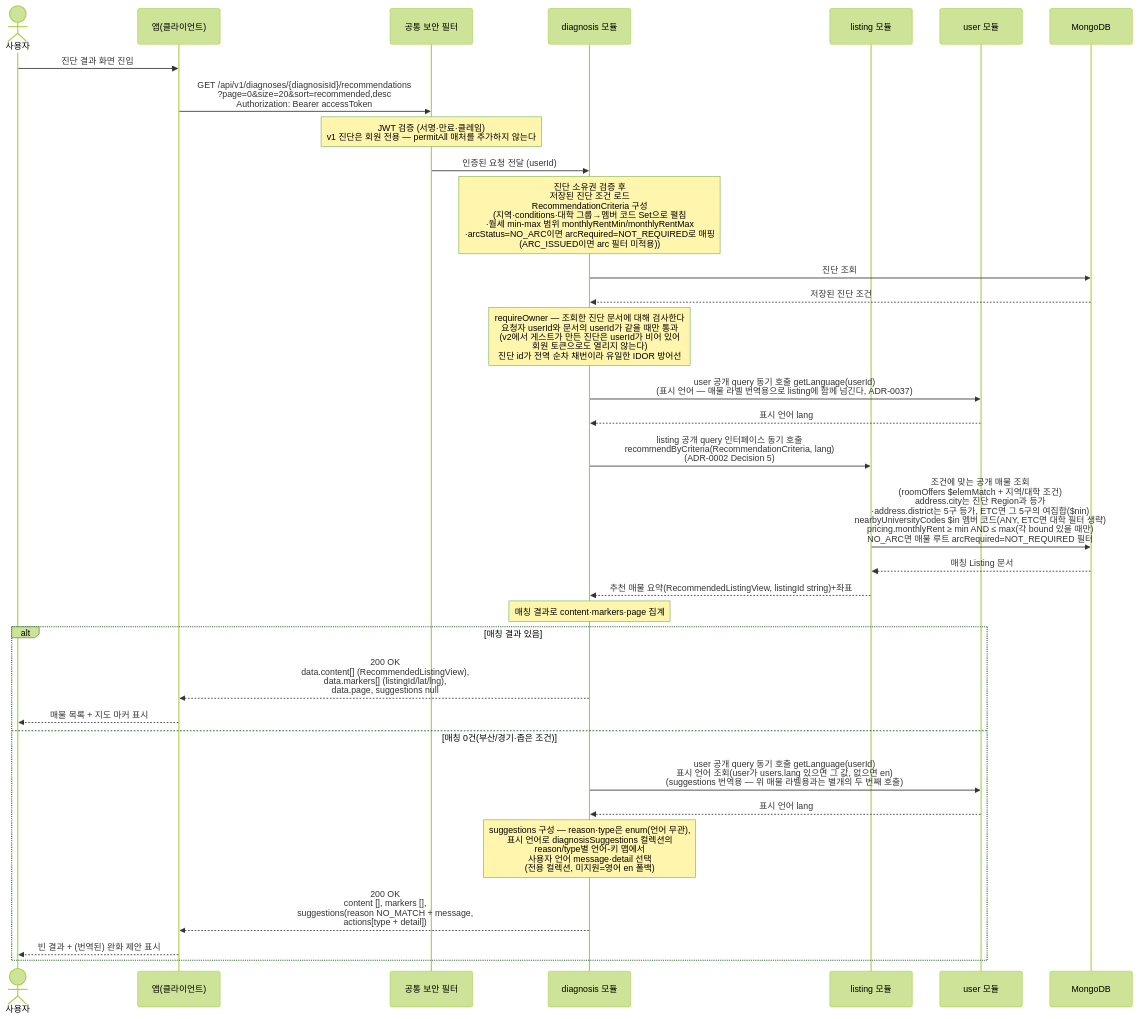
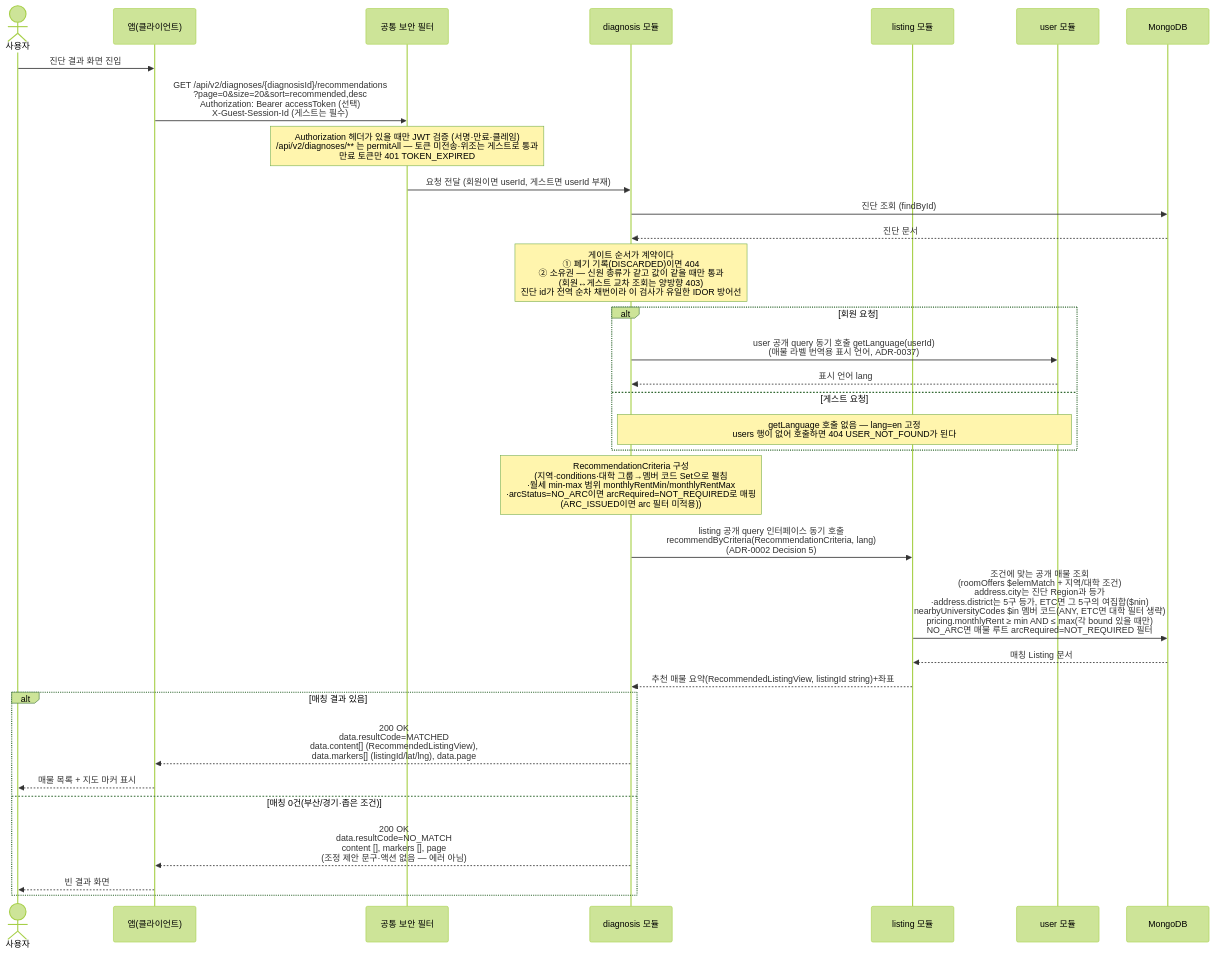
One commit to jameskim9509/Kohere-backend changed the diagram in docs/architecture/sequence-diagrams/02-diagnosis-recommendation/us-2-2-recommendations.md. Above: the diagram before and after it, drawn with Mermaid (forest theme). The commit also changed other lines of this file and 24 other files, not shown here.

````diff
--- a/docs/architecture/sequence-diagrams/02-diagnosis-recommendation/us-2-2-recommendations.md
+++ b/docs/architecture/sequence-diagrams/02-diagnosis-recommendation/us-2-2-recommendations.md
@@ -5,36 +5,36 @@
 ```mermaid
 sequenceDiagram
     actor U as 사용자
     participant C as 앱(클라이언트)
     participant SEC as 공통 보안 필터
     participant DIAG as diagnosis 모듈
     participant LIST as listing 모듈
     participant USER as user 모듈
     participant DB as MongoDB
 
     U->>C: 진단 결과 화면 진입
-    C->>SEC: GET /api/v1/diagnoses/{diagnosisId}/recommendations<br/>?page=0&size=20&sort=recommended,desc<br/>Authorization: Bearer accessToken
-    Note over SEC: JWT 검증 (서명·만료·클레임)<br/>v1 진단은 회원 전용 — permitAll 매처를 추가하지 않는다
-    SEC->>DIAG: 인증된 요청 전달 (userId)
-    Note over DIAG: 진단 소유권 검증 후<br/>저장된 진단 조건 로드<br/>RecommendationCriteria 구성<br/>(지역·conditions·대학 그룹→멤버 코드 Set으로 펼침<br/>·월세 min-max 범위 monthlyRentMin/monthlyRentMax<br/>·arcStatus=NO_ARC이면 arcRequired=NOT_REQUIRED로 매핑<br/>(ARC_ISSUED이면 arc 필터 미적용))
-    DIAG->>DB: 진단 조회
-    DB-->>DIAG: 저장된 진단 조건
-    Note over DIAG: requireOwner — 조회한 진단 문서에 대해 검사한다<br/>요청자 userId와 문서의 userId가 같을 때만 통과<br/>(v2에서 게스트가 만든 진단은 userId가 비어 있어<br/>회원 토큰으로도 열리지 않는다)<br/>진단 id가 전역 순차 채번이라 유일한 IDOR 방어선
-    DIAG->>USER: user 공개 query 동기 호출 getLanguage(userId)<br/>(표시 언어 — 매물 라벨 번역용으로 listing에 함께 넘긴다, ADR-0037)
-    USER-->>DIAG: 표시 언어 lang
+    C->>SEC: GET /api/v2/diagnoses/{diagnosisId}/recommendations<br/>?page=0&size=20&sort=recommended,desc<br/>Authorization: Bearer accessToken (선택)<br/>X-Guest-Session-Id (게스트는 필수)
+    Note over SEC: Authorization 헤더가 있을 때만 JWT 검증 (서명·만료·클레임)<br/>/api/v2/diagnoses/** 는 permitAll — 토큰 미전송·위조는 게스트로 통과<br/>만료 토큰만 401 TOKEN_EXPIRED
+    SEC->>DIAG: 요청 전달 (회원이면 userId, 게스트면 userId 부재)
+    DIAG->>DB: 진단 조회 (findById)
+    DB-->>DIAG: 진단 문서
+    Note over DIAG: 게이트 순서가 계약이다<br/>① 폐기 기록(DISCARDED)이면 404<br/>② 소유권 — 신원 종류가 같고 값이 같을 때만 통과<br/>(회원↔게스트 교차 조회는 양방향 403)<br/>진단 id가 전역 순차 채번이라 이 검사가 유일한 IDOR 방어선
+    alt 회원 요청
+        DIAG->>USER: user 공개 query 동기 호출 getLanguage(userId)<br/>(매물 라벨 번역용 표시 언어, ADR-0037)
+        USER-->>DIAG: 표시 언어 lang
+    else 게스트 요청
+        Note over DIAG,USER: getLanguage 호출 없음 — lang=en 고정<br/>users 행이 없어 호출하면 404 USER_NOT_FOUND가 된다
+    end
+    Note over DIAG: RecommendationCriteria 구성<br/>(지역·conditions·대학 그룹→멤버 코드 Set으로 펼침<br/>·월세 min-max 범위 monthlyRentMin/monthlyRentMax<br/>·arcStatus=NO_ARC이면 arcRequired=NOT_REQUIRED로 매핑<br/>(ARC_ISSUED이면 arc 필터 미적용))
     DIAG->>LIST: listing 공개 query 인터페이스 동기 호출<br/>recommendByCriteria(RecommendationCriteria, lang)<br/>(ADR-0002 Decision 5)
     LIST->>DB: 조건에 맞는 공개 매물 조회<br/>(roomOffers $elemMatch + 지역/대학 조건)<br/>address.city는 진단 Region과 등가<br/>·address.district는 5구 등가, ETC면 그 5구의 여집합($nin)<br/>nearbyUniversityCodes $in 멤버 코드(ANY, ETC면 대학 필터 생략)<br/>pricing.monthlyRent ≥ min AND ≤ max(각 bound 있을 때만)<br/>NO_ARC면 매물 루트 arcRequired=NOT_REQUIRED 필터
     DB-->>LIST: 매칭 Listing 문서
     LIST-->>DIAG: 추천 매물 요약(RecommendedListingView, listingId string)+좌표
-    Note over DIAG: 매칭 결과로 content·markers·page 집계
     alt 매칭 결과 있음
-        DIAG-->>C: 200 OK<br/>data.content[] (RecommendedListingView),<br/>data.markers[] (listingId/lat/lng),<br/>data.page, suggestions null
+        DIAG-->>C: 200 OK<br/>data.resultCode=MATCHED<br/>data.content[] (RecommendedListingView),<br/>data.markers[] (listingId/lat/lng), data.page
         C-->>U: 매물 목록 + 지도 마커 표시
     else 매칭 0건(부산/경기·좁은 조건)
-        DIAG->>USER: user 공개 query 동기 호출 getLanguage(userId)<br/>표시 언어 조회(user가 users.lang 있으면 그 값, 없으면 en)<br/>(suggestions 번역용 — 위 매물 라벨용과는 별개의 두 번째 호출)
-        USER-->>DIAG: 표시 언어 lang
-        Note over DIAG: suggestions 구성 — reason·type은 enum(언어 무관),<br/>표시 언어로 diagnosisSuggestions 컬렉션의<br/>reason/type별 언어-키 맵에서<br/>사용자 언어 message·detail 선택<br/>(전용 컬렉션, 미지원=영어 en 폴백)
-        DIAG-->>C: 200 OK<br/>content [], markers [],<br/>suggestions(reason NO_MATCH + message,<br/>actions[type + detail])
-        C-->>U: 빈 결과 + (번역된) 완화 제안 표시
+        DIAG-->>C: 200 OK<br/>data.resultCode=NO_MATCH<br/>content [], markers [], page<br/>(조정 제안 문구·액션 없음 — 에러 아님)
+        C-->>U: 빈 결과 화면
     end
 ```
````
